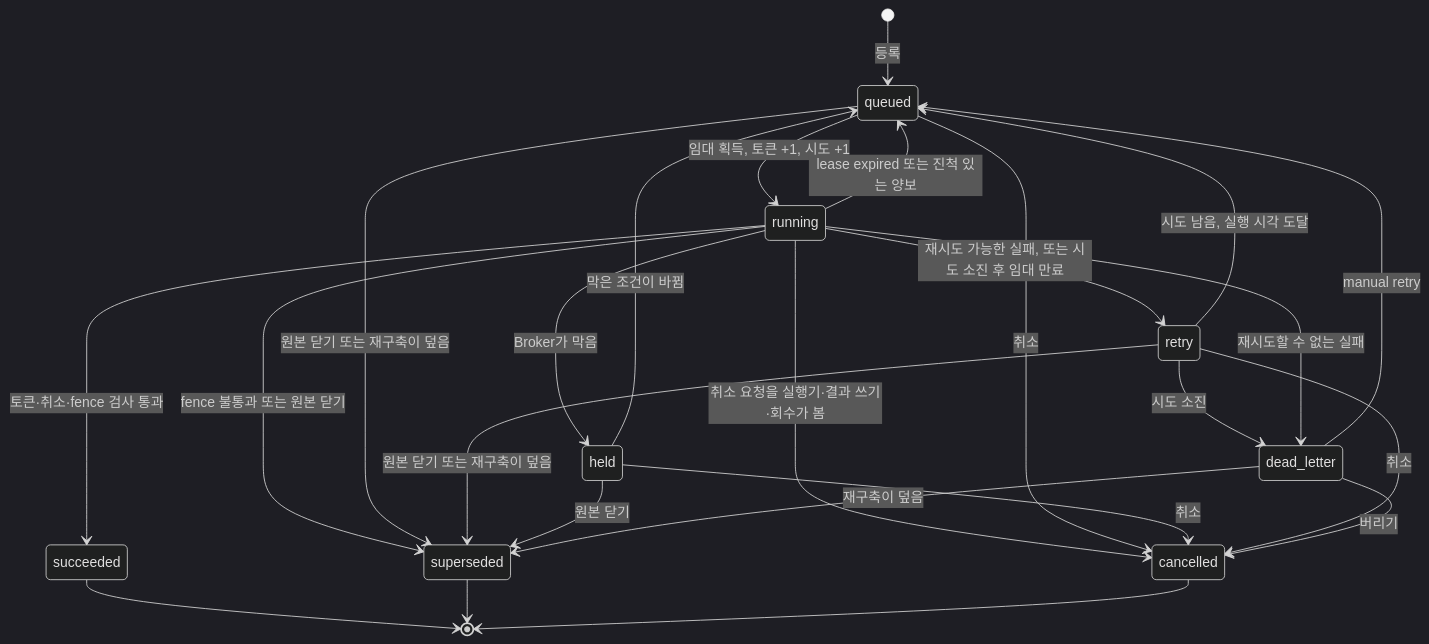
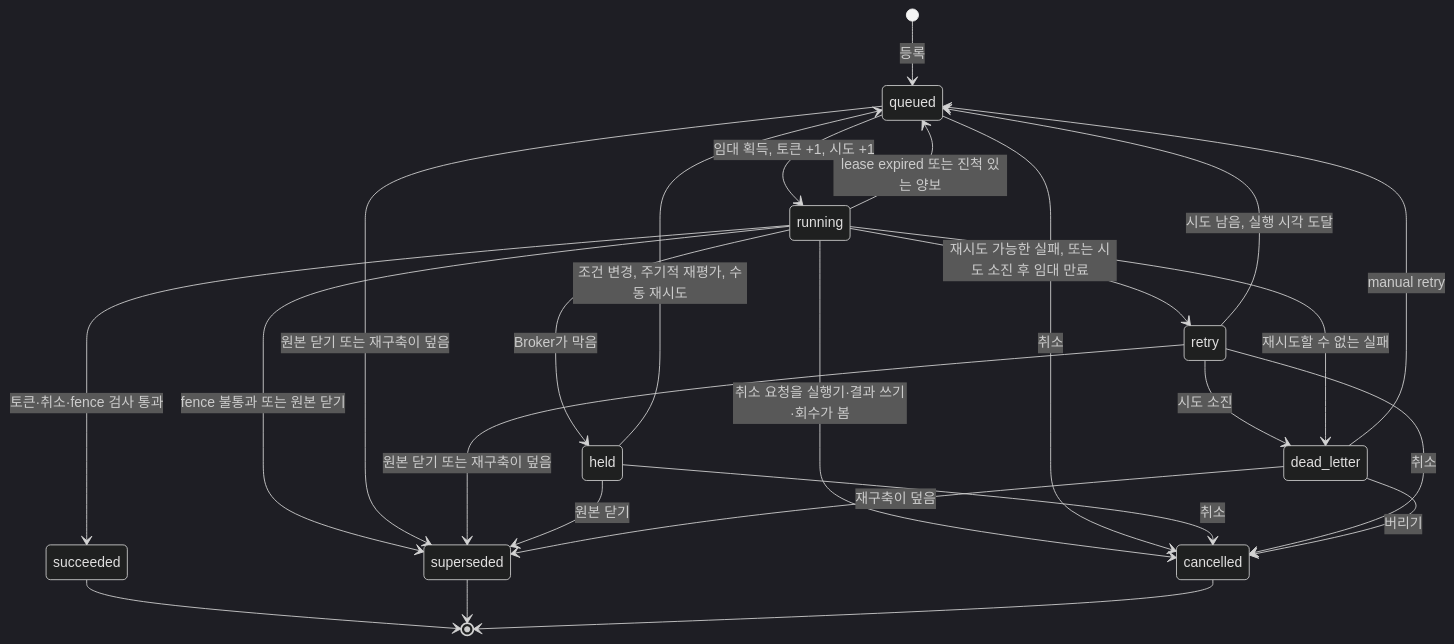
Before and after one commit to nohdol97/PKI: the first of 4 diagrams in docs/specs/2026-11-21-I03-persistent-queue.md, drawn with Mermaid (dark theme). The commit also changed other lines of this file, not shown here.

````diff
--- a/docs/specs/2026-11-21-I03-persistent-queue.md
+++ b/docs/specs/2026-11-21-I03-persistent-queue.md
@@ -124,27 +126,27 @@
 ```mermaid
 stateDiagram-v2
   [*] --> queued: 등록
   queued --> running: 임대 획득, 토큰 +1, 시도 +1
   running --> succeeded: 토큰·취소·fence 검사 통과
   running --> retry: 재시도 가능한 실패, 또는 시도 소진 후 임대 만료
   retry --> queued: 시도 남음, 실행 시각 도달
   retry --> dead_letter: 시도 소진
   running --> queued: lease expired 또는 진척 있는 양보
   running --> cancelled: 취소 요청을 실행기·결과 쓰기·회수가 봄
   queued --> cancelled: 취소
   dead_letter --> queued: manual retry
   running --> superseded: fence 불통과 또는 원본 닫기
   running --> held: Broker가 막음
   running --> dead_letter: 재시도할 수 없는 실패
-  held --> queued: 막은 조건이 바뀜
+  held --> queued: 조건 변경, 주기적 재평가, 수동 재시도
   held --> cancelled: 취소
   retry --> cancelled: 취소
   dead_letter --> cancelled: 버리기
   queued --> superseded: 원본 닫기 또는 재구축이 덮음
   retry --> superseded: 원본 닫기 또는 재구축이 덮음
   held --> superseded: 원본 닫기
   dead_letter --> superseded: 재구축이 덮음
   succeeded --> [*]
   superseded --> [*]
   cancelled --> [*]
 ```
````
